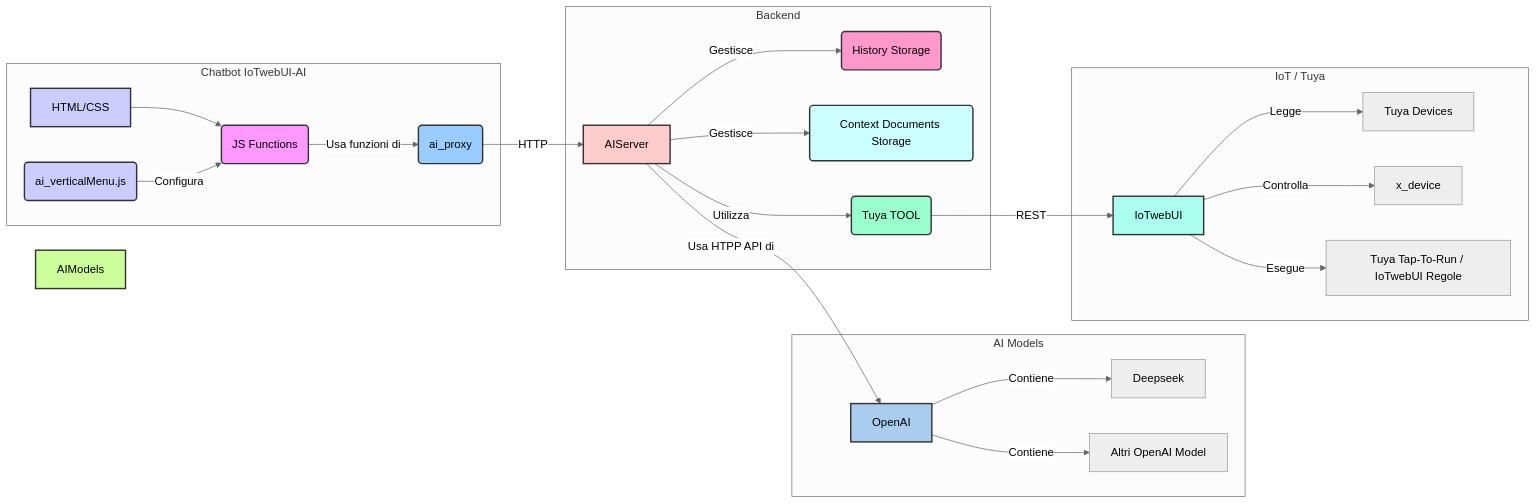
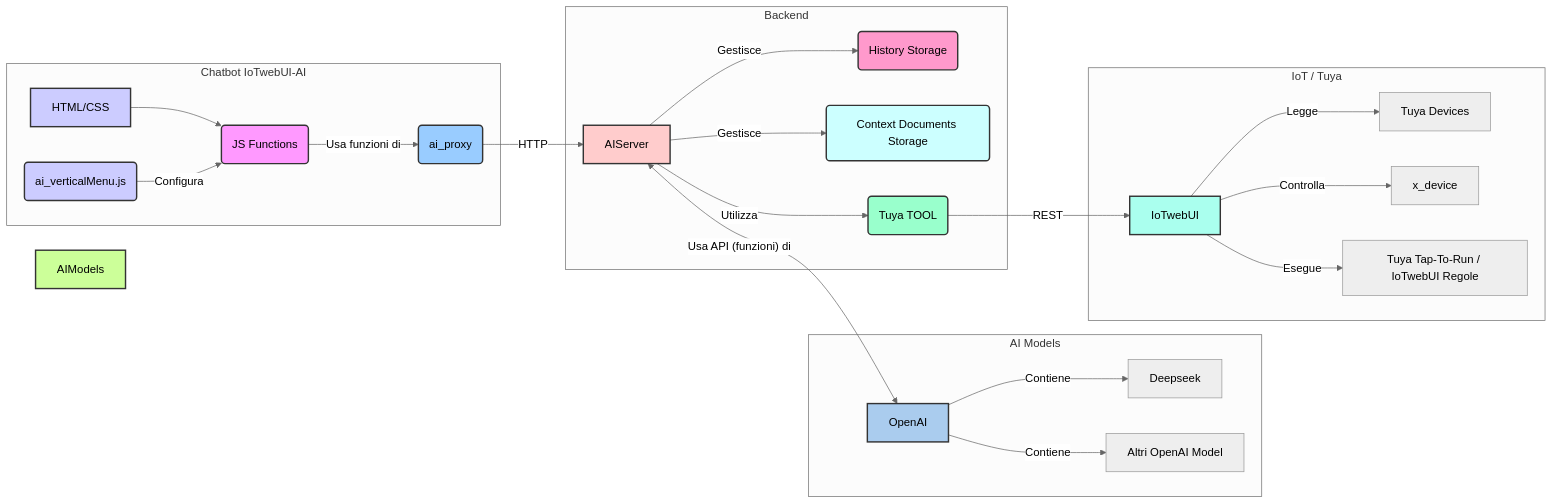
The diagram in IOTwebUI-AI/LEGGIMI.md (msillano/IoTwebUI), drawn with Mermaid before and after one commit.

````diff
--- a/IOTwebUI-AI/LEGGIMI.md
+++ b/IOTwebUI-AI/LEGGIMI.md
@@ -12,40 +12,40 @@
 ```mermaid
 %%{init: {'theme': 'neutral'}}%%
 graph LR
     subgraph Chatbot IoTwebUI-AI
         style UI fill:#ccf,stroke:#333,stroke-width:2px
         style UI_JS fill:#f9f,stroke:#333,stroke-width:2px
         style UI_Menu fill:#ccf,stroke:#333,stroke-width:2px
         UI[HTML/CSS] --> UI_JS(JS Functions);
         UI_Menu(ai_verticalMenu.js) -- Configura --> UI_JS;
         UI_JS -- Usa funzioni di --> Proxy(ai_proxy);
     end
 
     subgraph Backend
         style Proxy fill:#9cf,stroke:#333,stroke-width:2px
         style AIServer fill:#fcc,stroke:#333,stroke-width:2px
         style HistoryDB fill:#f9c,stroke:#333,stroke-width:2px
         style ContextFiles fill:#cff,stroke:#333,stroke-width:2px
         Proxy -- HTTP --> AIServer;
         AIServer -- Gestisce --> HistoryDB(History Storage);
         AIServer -- Gestisce --> ContextFiles(Context Documents Storage);
         AIServer -- Utilizza   --> IoT(Tuya TOOL);
     end
 
     subgraph AI Models
         style AIModels fill:#cf9,stroke:#333,stroke-width:2px
         style OpenAI fill:#ace,stroke:#333,stroke-width:2px
-        AIServer -- Usa HTPP API di --> OpenAI;
+        AIServer <-- Usa API (funzioni) di --> OpenAI;
         OpenAI -- Contiene --> Deepseek;
         OpenAI -- Contiene --> GPTModels[Altri OpenAI Model];
      end
 
     subgraph IoT / Tuya
         style IoT fill:#9fc,stroke:#333,stroke-width:2px
         style IoTwebUI fill:#afe,stroke:#333,stroke-width:2px
         IoT -- REST --> IoTwebUI;
         IoTwebUI -- Legge -->     TuyaDevices[Tuya Devices];
         IoTwebUI -- Controlla --> x_device;
         IoTwebUI -- Esegue --> TuyaAutomations[Tuya Tap-To-Run / IoTwebUI Regole];
     end
 ```
````
